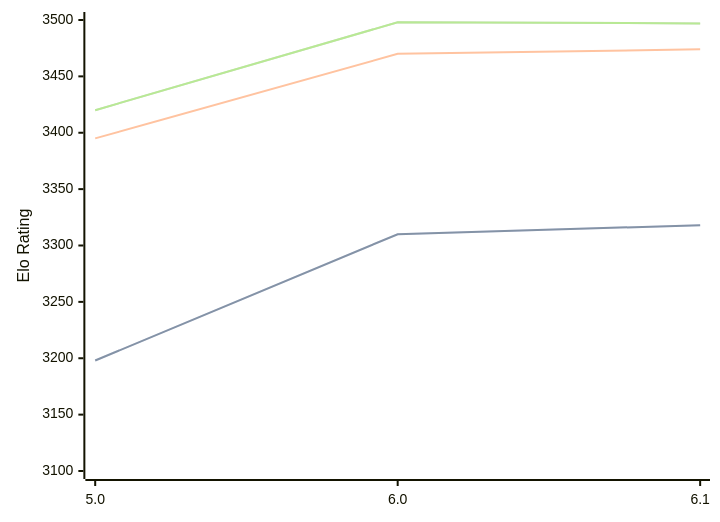
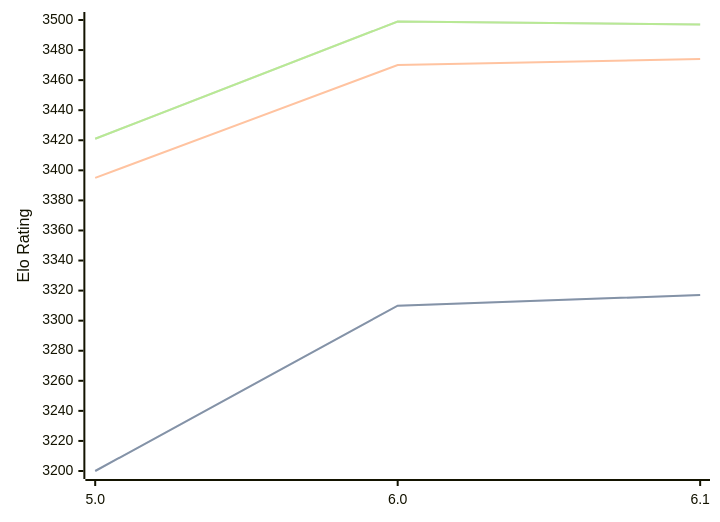
The diagram in engines/Starzix.md (computer-chess-index/cci), drawn with Mermaid before and after one commit. The commit also changed other lines of this file, not shown here.

Commit message:
Update CCI Ratings (ELO VLTC) - 2026-05-21

````diff
--- a/engines/Starzix.md
+++ b/engines/Starzix.md
@@ -37,11 +37,11 @@
 ```mermaid
 %%{init: {"theme":"base","themeVariables":{"seriesColors:['#a3a3a3','#222221','#faa371']}}}%%
 xychart-beta
   x-axis ["5.0", "6.0", "6.1"]
-  y-axis "Elo Rating" 3100 --> 3500
-  line "STC (8.0+0.08s)" [3198, 3310, 3318]
-  line "STC (8.0+0.08s)" [3198, 3310, 3318]
+  y-axis "Elo Rating" 3200 --> 3500
+  line "STC (8.0+0.08s)" [3200, 3310, 3317]
+  line "STC (8.0+0.08s)" [3200, 3310, 3317]
   line "LTC (60.0+0.60s)" [3395, 3470, 3474]
-  line "VLTC (2m24s+1.12s)" [3420, 3498, 3497]
-  line "VLTC (2m24s+1.12s)" [3420, 3498, 3497]
+  line "VLTC (2m24s+1.12s)" [3421, 3499, 3497]
+  line "VLTC (2m24s+1.12s)" [3421, 3499, 3497]
 ```
````
